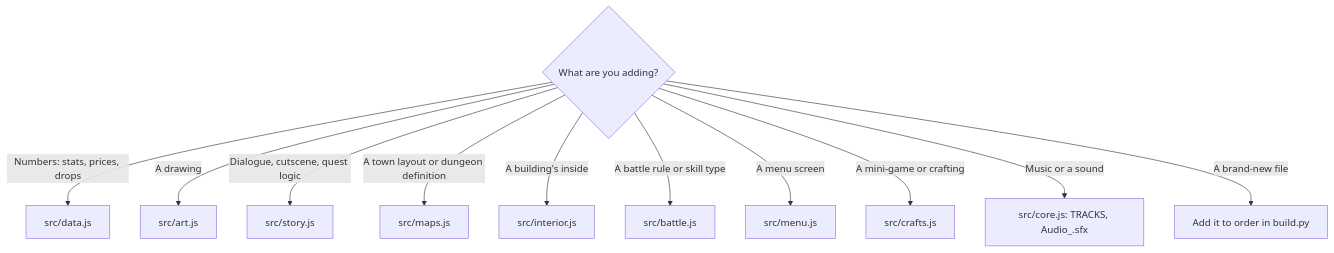
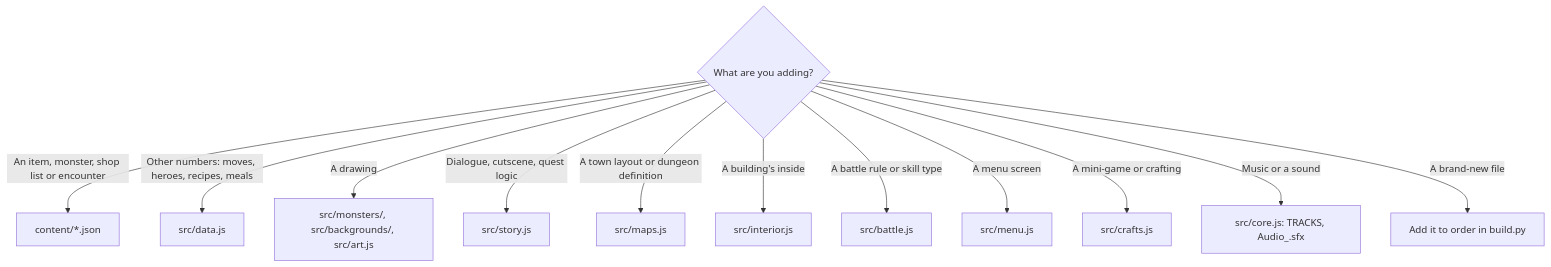
The first of 4 diagrams in docs/MODDING.md (CptNope/Laternfall), drawn with Mermaid before and after one commit. The commit also changed other lines of this file and 25 other files, not shown here.

First line of the commit message:
2.0 part 1 (EN-1): items, monsters, shops and encounters as JSON content

````diff
--- a/docs/MODDING.md
+++ b/docs/MODDING.md
@@ -13,14 +13,15 @@
 ```mermaid
 flowchart TD
     Q{What are you adding?}
-    Q -->|Numbers: stats, prices, drops| D[src/data.js]
-    Q -->|A drawing| A[src/art.js]
+    Q -->|An item, monster, shop list or encounter| CT[content/*.json]
+    Q -->|Other numbers: moves, heroes, recipes, meals| D[src/data.js]
+    Q -->|A drawing| A[src/monsters/, src/backgrounds/, src/art.js]
     Q -->|Dialogue, cutscene, quest logic| S[src/story.js]
     Q -->|A town layout or dungeon definition| M[src/maps.js]
     Q -->|A building's inside| I[src/interior.js]
     Q -->|A battle rule or skill type| B[src/battle.js]
     Q -->|A menu screen| MN[src/menu.js]
     Q -->|A mini-game or crafting| C[src/crafts.js]
     Q -->|Music or a sound| CO[src/core.js: TRACKS, Audio_.sfx]
     Q -->|A brand-new file| BP[Add it to order in build.py]
 ```
````
